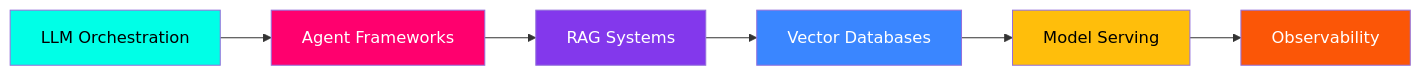
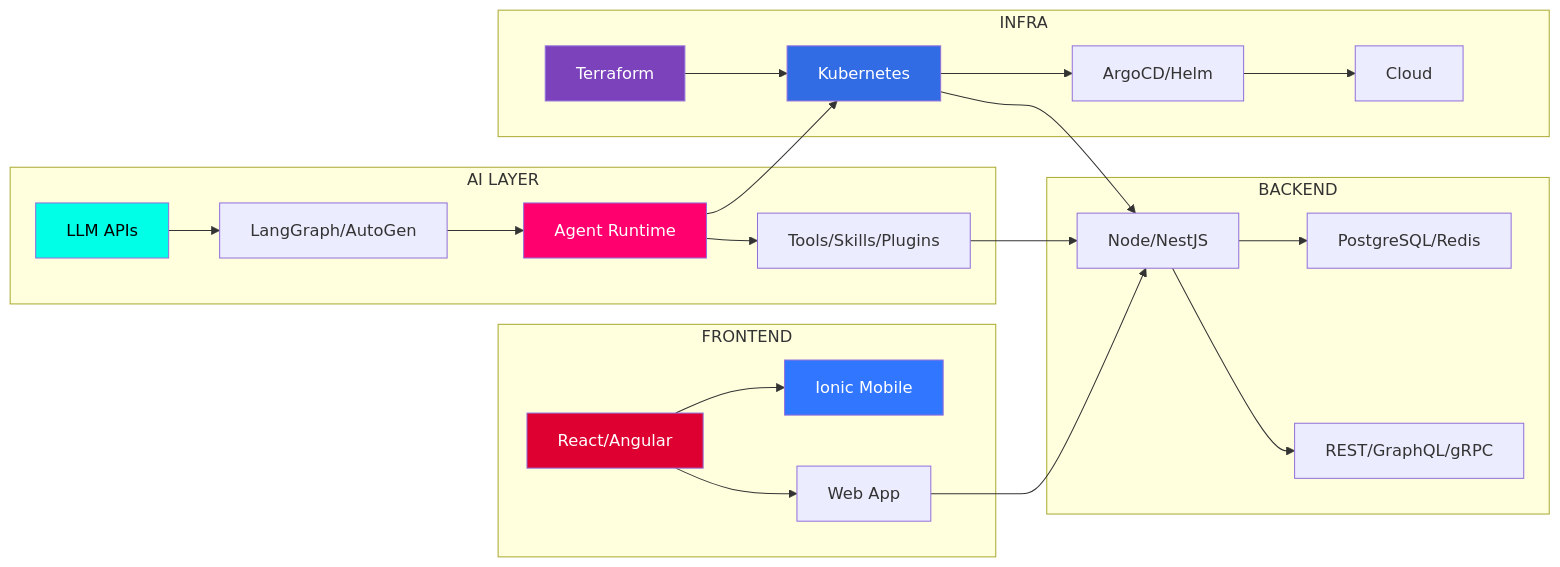
Before and after one commit to deb888/deb888: the first of 2 diagrams in README.md, drawn with Mermaid. The commit also changed other lines of this file, not shown here.

````diff
--- a/README.md
+++ b/README.md
@@ -39,15 +112,36 @@
 ```mermaid
 graph LR
-    A[LLM Orchestration] --> B[Agent Frameworks]
-    B --> C[RAG Systems]
-    C --> D[Vector Databases]
-    D --> E[Model Serving]
-    E --> F[Observability]
+    subgraph "FRONTEND"
+        A[React/Angular] --> B[Ionic Mobile]
+        A --> C[Web App]
+    end
     
-    style A fill:#00FFE7,color:#000
-    style B fill:#FF006E,color:#fff
-    style C fill:#8338EC,color:#fff
-    style D fill:#3A86FF,color:#fff
-    style E fill:#FFBE0B,color:#000
-    style F fill:#FB5607,color:#fff
+    subgraph "AI LAYER"
+        D[LLM APIs] --> E[LangGraph/AutoGen]
+        E --> F[Agent Runtime]
+        F --> G[Tools/Skills/Plugins]
+    end
+    
+    subgraph "BACKEND"
+        H[Node/NestJS] --> I[PostgreSQL/Redis]
+        H --> J[REST/GraphQL/gRPC]
+    end
+    
+    subgraph "INFRA"
+        K[Terraform] --> L[Kubernetes]
+        L --> M[ArgoCD/Helm]
+        M --> N[Cloud]
+    end
+    
+    C --> H
+    G --> H
+    L --> H
+    F --> L
+    
+    style A fill:#DD0031,color:#fff
+    style B fill:#3176FF,color:#fff
+    style D fill:#00FFE7,color:#000
+    style F fill:#FF006E,color:#fff
+    style K fill:#7B42BC,color:#fff
+    style L fill:#326CE5,color:#fff
 ```
````
